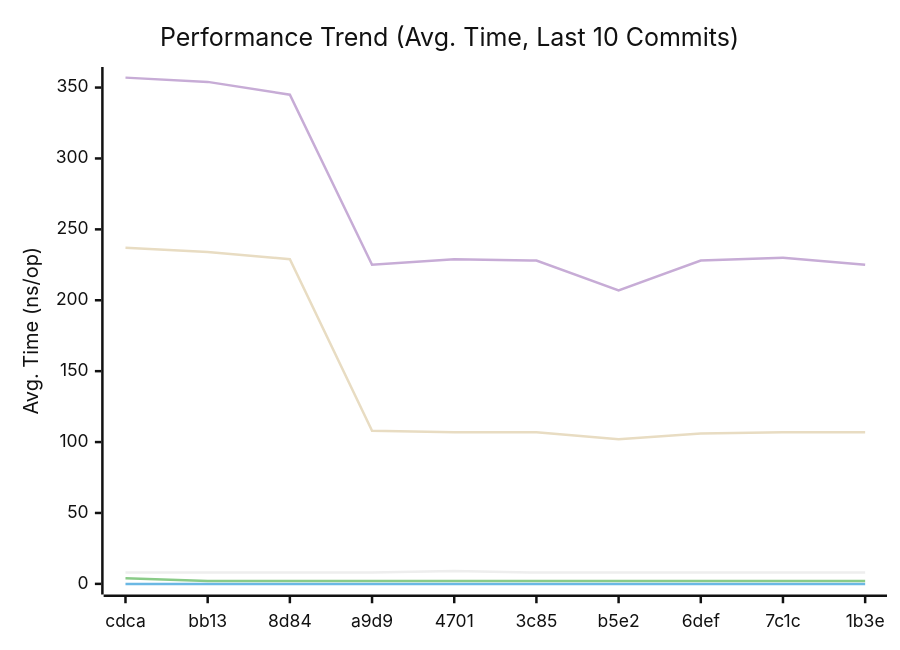
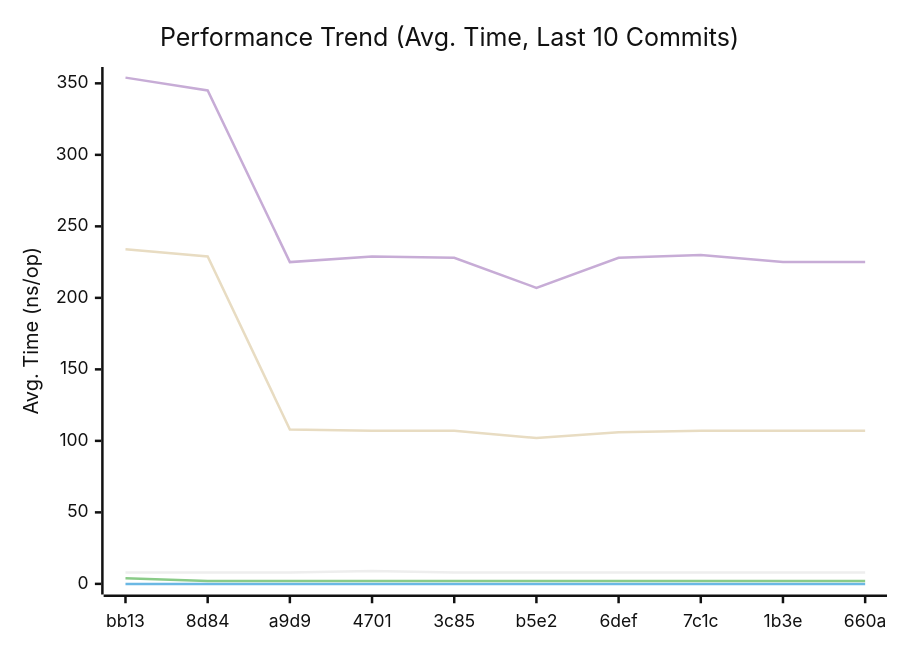
Before and after one commit to alsotoes/momo: the first of 3 diagrams in doc/README.md, drawn with Mermaid (neutral theme). The commit also changed other lines of this file and 1 other file, not shown here.

````diff
--- a/doc/README.md
+++ b/doc/README.md
@@ -290,12 +290,12 @@
 ```mermaid
 xychart-beta
     title "Performance Trend (Avg. Time, Last 10 Commits)"
     x-axis "Commit"
     y-axis "Avg. Time (ns/op)"
-    x-axis [cdca,bb13,8d84,a9d9,4701,3c85,b5e2,6def,7c1c,1b3e]
-    line "CheckMetricsAndSwap" [8,8,8,8,9,8,8,8,8,8]
+    x-axis [bb13,8d84,a9d9,4701,3c85,b5e2,6def,7c1c,1b3e,660a]
+    line "CheckMetricsAndSwap" [8,8,8,9,8,8,8,8,8,8]
     line "IndexDirectTracking" [0,0,0,0,0,0,0,0,0,0]
     line "IndexSearch" [4,2,2,2,2,2,2,2,2,2]
-    line "ParseReplicationOrder_NoPrealloc" [357,354,345,225,229,228,207,228,230,225]
-    line "ParseReplicationOrder_Prealloc" [237,234,229,108,107,107,102,106,107,107]
+    line "ParseReplicationOrder_NoPrealloc" [354,345,225,229,228,207,228,230,225,225]
+    line "ParseReplicationOrder_Prealloc" [234,229,108,107,107,102,106,107,107,107]
 ```
````
